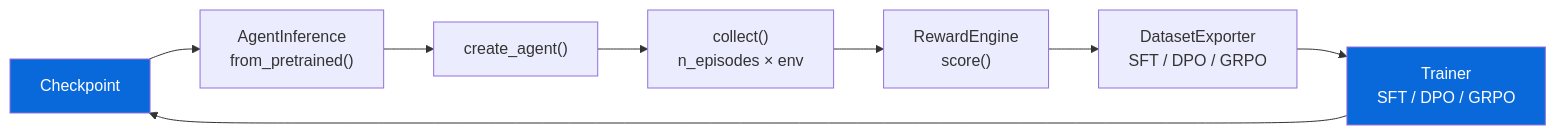
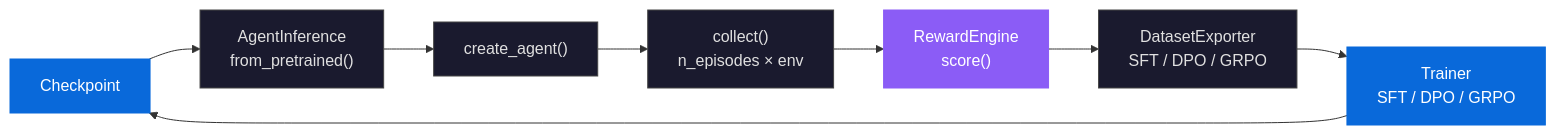
One commit to liuxiaotong/knowlyr-agent changed the second of 3 diagrams in README.md. Above: the diagram before and after it, drawn with Mermaid. The commit also changed other lines of this file, not shown here.

Commit message:
docs: README 重构 — 视觉风格对齐 + Problem Statement + 深色架构图

````diff
--- a/README.md
+++ b/README.md
@@ -212,13 +237,18 @@
 ```mermaid
 graph LR
     M["Checkpoint"] --> I["AgentInference<br/>from_pretrained()"]
     I --> A["create_agent()"]
     A --> C["collect()<br/>n_episodes × env"]
     C --> R["RewardEngine<br/>score()"]
     R --> E["DatasetExporter<br/>SFT / DPO / GRPO"]
     E --> T["Trainer<br/>SFT / DPO / GRPO"]
     T --> M
 
-    style M fill:#0969da,color:#fff
-    style T fill:#0969da,color:#fff
+    style M fill:#0969da,color:#fff,stroke:#0969da
+    style T fill:#0969da,color:#fff,stroke:#0969da
+    style I fill:#1a1a2e,color:#e0e0e0,stroke:#444
+    style A fill:#1a1a2e,color:#e0e0e0,stroke:#444
+    style C fill:#1a1a2e,color:#e0e0e0,stroke:#444
+    style R fill:#8b5cf6,color:#fff,stroke:#8b5cf6
+    style E fill:#1a1a2e,color:#e0e0e0,stroke:#444
 ```
````
